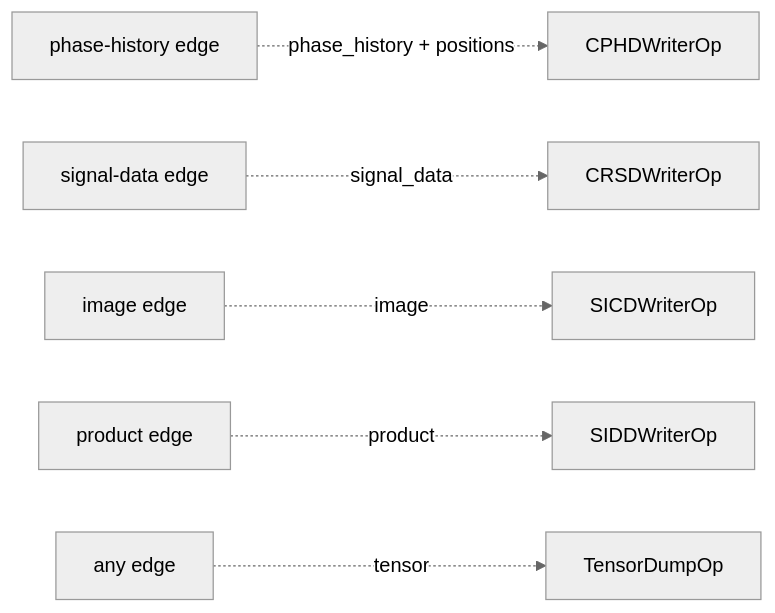
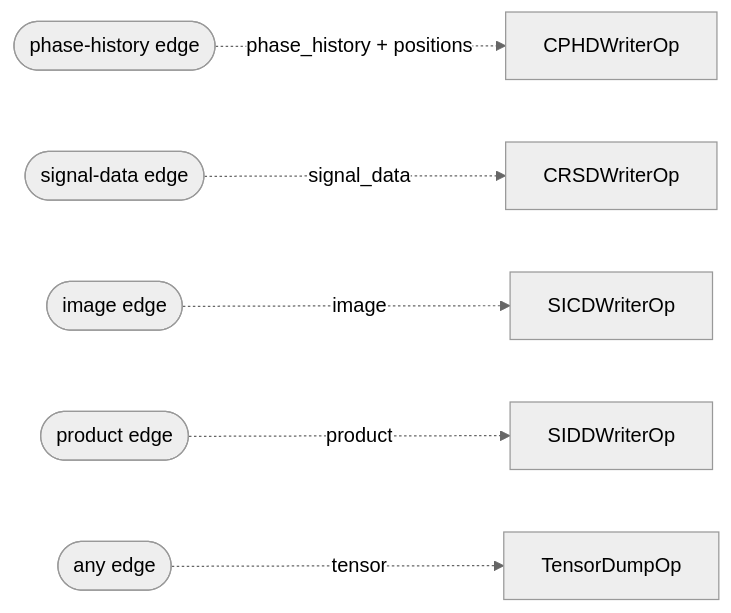
The third of 3 diagrams in docs/planning/SAR/WORKFLOWS.md (nvidia-holoscan/holoscan-radar), drawn with Mermaid (neutral theme) before and after one commit. The commit also changed other lines of this file and 7 other files, not shown here.

````diff
--- a/docs/planning/SAR/WORKFLOWS.md
+++ b/docs/planning/SAR/WORKFLOWS.md
@@ -214,8 +222,8 @@
 ```mermaid
 flowchart LR
-  PH["phase-history edge"] -.->|"phase_history + positions"| CW["CPHDWriterOp"]
-  SIG["signal-data edge"] -.->|"signal_data"| CRW["CRSDWriterOp"]
-  IMG["image edge"] -.->|"image"| SIC["SICDWriterOp"]
-  PROD["product edge"] -.->|"product"| SID["SIDDWriterOp"]
-  ANY["any edge"] -.->|"tensor"| TD["TensorDumpOp"]
+  PH(["phase-history edge"]) -.->|"phase_history + positions"| CW["CPHDWriterOp"]
+  SIG(["signal-data edge"]) -.->|"signal_data"| CRW["CRSDWriterOp"]
+  IMG(["image edge"]) -.->|"image"| SIC["SICDWriterOp"]
+  PROD(["product edge"]) -.->|"product"| SID["SIDDWriterOp"]
+  ANY(["any edge"]) -.->|"tensor"| TD["TensorDumpOp"]
 ```
````
